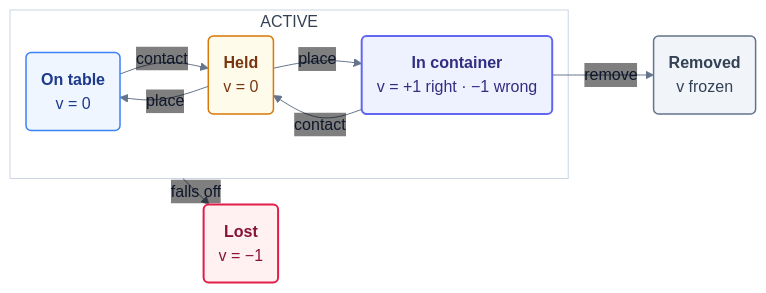
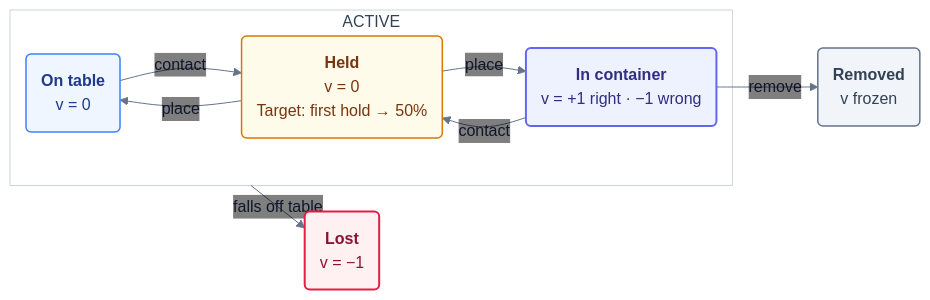
One commit to Grounded-Intelligence-Initiative/agentic-robotics-benchmark changed the diagram in tasks/arm/object_finding_and_organizing_on_messy_desk/verify/figures/object-automaton.mmd. Above: the diagram before and after it, drawn with Mermaid. The commit also changed 12 other files, not shown here.

Commit message:
score: award first target hold partial request credit

```diff
--- a/tasks/arm/object_finding_and_organizing_on_messy_desk/verify/figures/object-automaton.mmd
+++ b/tasks/arm/object_finding_and_organizing_on_messy_desk/verify/figures/object-automaton.mmd
@@ -1,25 +1,25 @@
-%%{init: {"theme": "base", "themeVariables": {"fontFamily": "Arial, Helvetica, sans-serif", "fontSize": "16px", "lineColor": "#64748b", "primaryTextColor": "#0f172a", "edgeLabelBackground": "transparent", "clusterBkg": "#ffffff", "clusterBorder": "#cbd5e1"}, "flowchart": {"curve": "basis", "nodeSpacing": 32, "rankSpacing": 32, "htmlLabels": true}, "themeCSS": ".edgeLabel, .edgeLabel p, .edgeLabel span { background: transparent !important; background-color: transparent !important; } .edgeLabels span { font-size: 13px !important; color: #475569 !important; } .edgeLabels > g:nth-child(1) > g { translate: 0px -12px; } .edgeLabels > g:nth-child(2) > g { translate: 0px 12px; } .edgeLabels > g:nth-child(3) > g { translate: 0px -12px; } .edgeLabels > g:nth-child(4) > g { translate: 0px 13px; } .edgeLabels > g:nth-child(5) > g { translate: 0px -12px; } .edgeLabels > g:nth-child(6) > g { translate: -32px 0px; } "}}%%
+%%{init: {"theme": "base", "themeVariables": {"fontFamily": "Arial, Helvetica, sans-serif", "fontSize": "16px", "lineColor": "#64748b", "primaryTextColor": "#0f172a", "edgeLabelBackground": "transparent", "clusterBkg": "#ffffff", "clusterBorder": "#cbd5e1"}, "flowchart": {"curve": "basis", "nodeSpacing": 32, "rankSpacing": 32, "htmlLabels": true}, "themeCSS": ".edgeLabel, .edgeLabel p, .edgeLabel span { background: transparent !important; background-color: transparent !important; } .edgeLabels span { font-size: 13px !important; color: #475569 !important; } .edgeLabels > g:nth-child(1) > g { translate: 0px -12px; } .edgeLabels > g:nth-child(2) > g { translate: 0px 12px; } .edgeLabels > g:nth-child(3) > g { translate: 0px -12px; } .edgeLabels > g:nth-child(4) > g { translate: 0px 13px; } .edgeLabels > g:nth-child(5) > g { translate: 0px -12px; } .edgeLabels > g:nth-child(6) > g { translate: -48px 0px; } "}}%%
 flowchart LR
     subgraph ACTIVE["ACTIVE"]
         T("<b>On table</b><br/>v = 0")
-        H("<b>Held</b><br/>v = 0")
+        H("<b>Held</b><br/>v = 0<br/>Target: first hold → 50%")
         C("<b>In container</b><br/>v = +1 right · −1 wrong")
         T -->|contact| H
         H -->|place| T
         H -->|place| C
         C -->|contact| H
     end
     C -->|remove| R("<b>Removed</b><br/>v frozen")
-    ACTIVE -->|falls off| L("<b>Lost</b><br/>v = −1")
+    ACTIVE -->|falls off table| L("<b>Lost</b><br/>v = −1")
 
     classDef neutral fill:#eff6ff,stroke:#3b82f6,color:#1e3a8a,stroke-width:1.5px;
     classDef moving fill:#fffbeb,stroke:#d97706,color:#78350f,stroke-width:1.5px;
     classDef placed fill:#eef2ff,stroke:#6366f1,color:#312e81,stroke-width:2px;
     classDef retired fill:#f1f5f9,stroke:#64748b,color:#334155,stroke-width:1.5px;
     classDef failure fill:#fff1f2,stroke:#e11d48,color:#881337,stroke-width:2px;
     class T neutral;
     class H moving;
     class C placed;
     class R retired;
     class L failure;
     style ACTIVE fill:#ffffff,stroke:#cbd5e1,color:#334155
```
